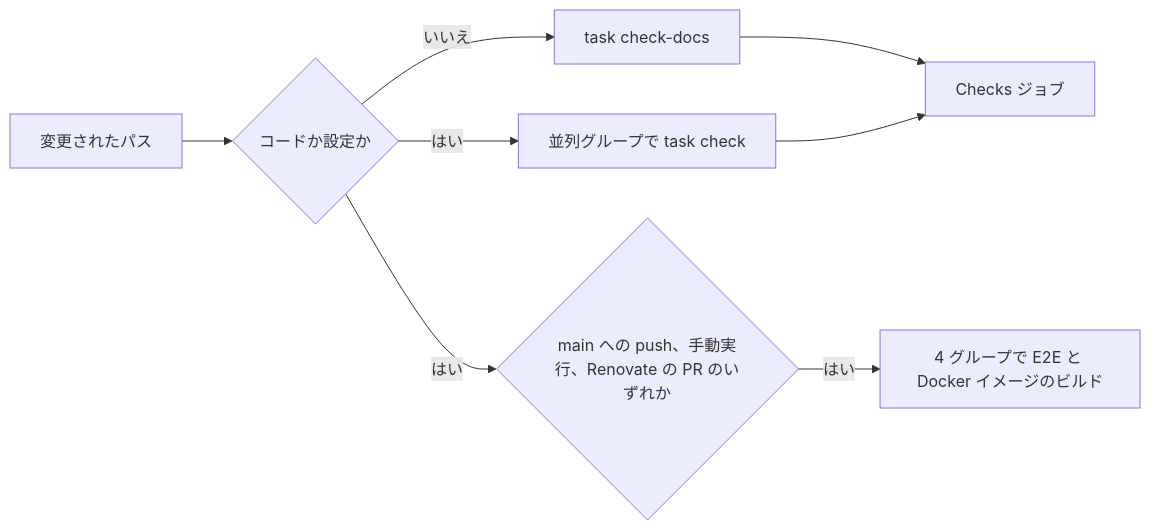
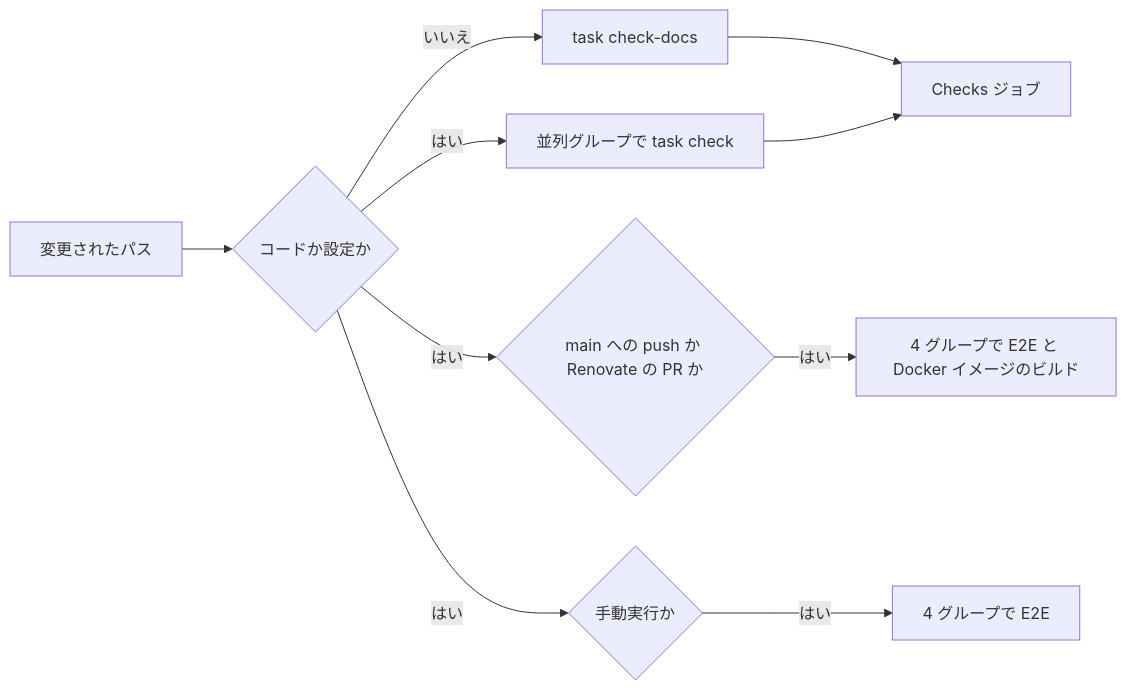
Before and after one commit to syudead/vv: the diagram in translations/ja/docs/how-to/development.md, drawn with Mermaid. The commit also changed other lines of this file and 2 other files, not shown here.

Commit message:
ci: 手動実行で e2e が飛んだら Browser E2E を落とし、図を直す
手動実行は e2e を回すためのものなので、changes の失敗などで e2e が
skipped になったら集約ジョブを失敗させる。development.md の図で手動実行が
Docker イメージのビルドにつながって見えたのを分ける。

Claude-Session: https://claude.ai/code/session_01MxHCk1T7zwg2onSFfU4u8P

````diff
--- a/translations/ja/docs/how-to/development.md
+++ b/translations/ja/docs/how-to/development.md
@@ -55,10 +55,12 @@
 ```mermaid
 flowchart LR
   change[変更されたパス] --> code{コードか設定か}
   code -->|いいえ| docs[task check-docs]
   code -->|はい| groups[並列グループで task check]
   docs --> checks[Checks ジョブ]
   groups --> checks
-  code -->|はい| push{main への push、手動実行、Renovate の PR のいずれか}
+  code -->|はい| push{main への push か Renovate の PR か}
   push -->|はい| more[4 グループで E2E と Docker イメージのビルド]
+  code -->|はい| manual{手動実行か}
+  manual -->|はい| e2e[4 グループで E2E]
 ```
````
